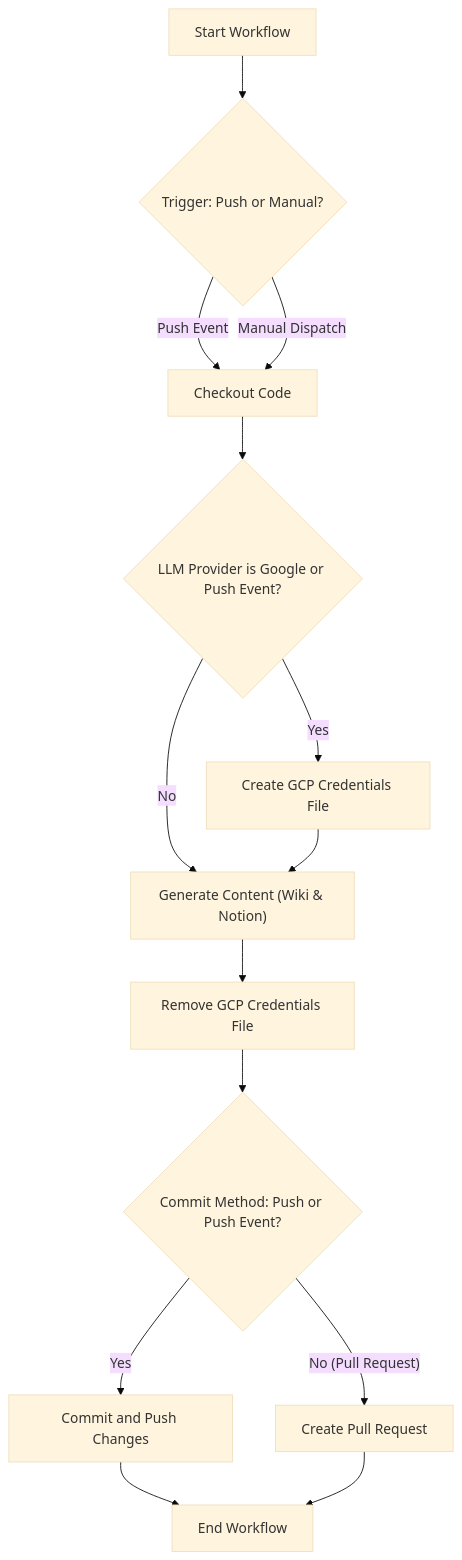
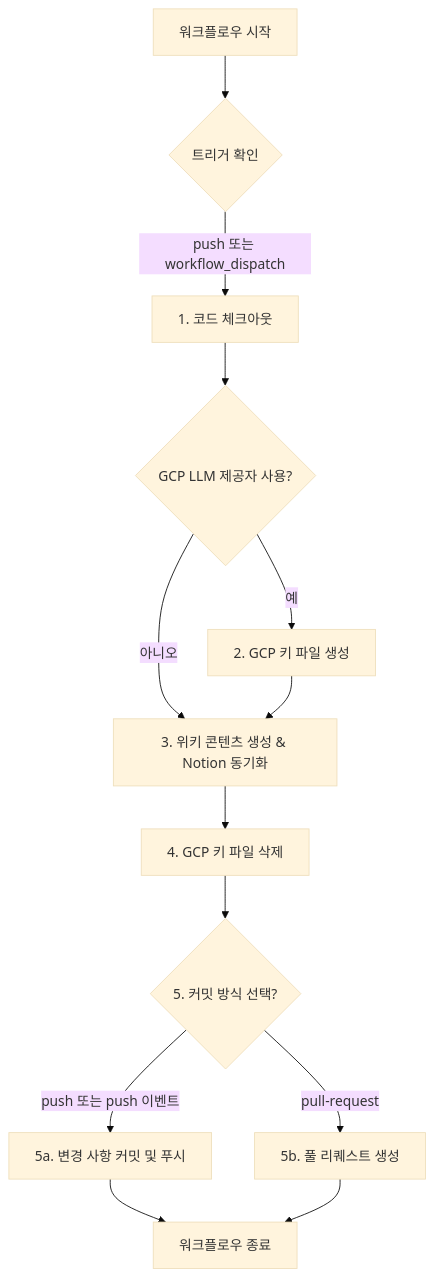
The sixth of 23 diagrams in examples/wiki_as_README.md (catuscio/wiki-as-readme), drawn with Mermaid (base theme) before and after one commit. The commit also changed other lines of this file, not shown here.

Commit message:
✨📚 Update examples/wiki_as_README.md via Wiki-As-Readme Action (ko)

````diff
--- a/examples/wiki_as_README.md
+++ b/examples/wiki_as_README.md
@@ -798,21 +747,15 @@
 ```mermaid
 graph TD
-    A["Start Workflow"] --> B{"Trigger: Push or Manual?"}
-
-    B -- "Push Event" --> C["Checkout Code"]
-    B -- "Manual Dispatch" --> C
-
-    C --> D{"LLM Provider is Google or Push Event?"}
-    D -- "Yes" --> E["Create GCP Credentials File"]
-    D -- "No" --> F["Generate Content (Wiki & Notion)"]
-
-    E --> F
-    F --> G["Remove GCP Credentials File"]
-    G --> H{"Commit Method: Push or Push Event?"}
-
-    H -- "Yes" --> I["Commit and Push Changes"]
-    H -- "No (Pull Request)" --> J["Create Pull Request"]
-
-    I --> K["End Workflow"]
-    J --> K
+    Start["워크플로우 시작"] --> TriggerCheck{"트리거 확인"}
+    TriggerCheck -- "push 또는 workflow_dispatch" --> Checkout["1. 코드 체크아웃"]
+    Checkout --> GCPCheck{"GCP LLM 제공자 사용?"}
+    GCPCheck -- "예" --> CreateGCP["2. GCP 키 파일 생성"]
+    GCPCheck -- "아니오" --> GenerateSync["3. 위키 콘텐츠 생성 & Notion 동기화"]
+    CreateGCP --> GenerateSync
+    GenerateSync --> CleanupGCP["4. GCP 키 파일 삭제"]
+    CleanupGCP --> CommitMethod{"5. 커밋 방식 선택?"}
+    CommitMethod -- "push 또는 push 이벤트" --> PushChanges["5a. 변경 사항 커밋 및 푸시"]
+    CommitMethod -- "pull-request" --> CreatePR["5b. 풀 리퀘스트 생성"]
+    PushChanges --> End["워크플로우 종료"]
+    CreatePR --> End
 ```
````
